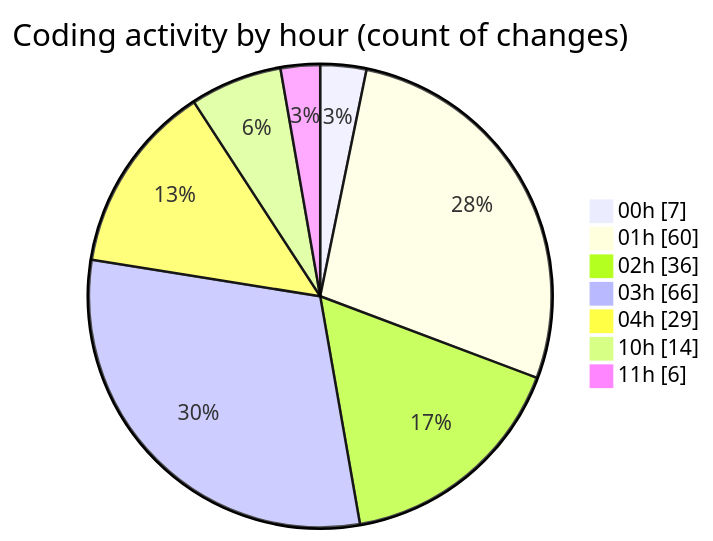
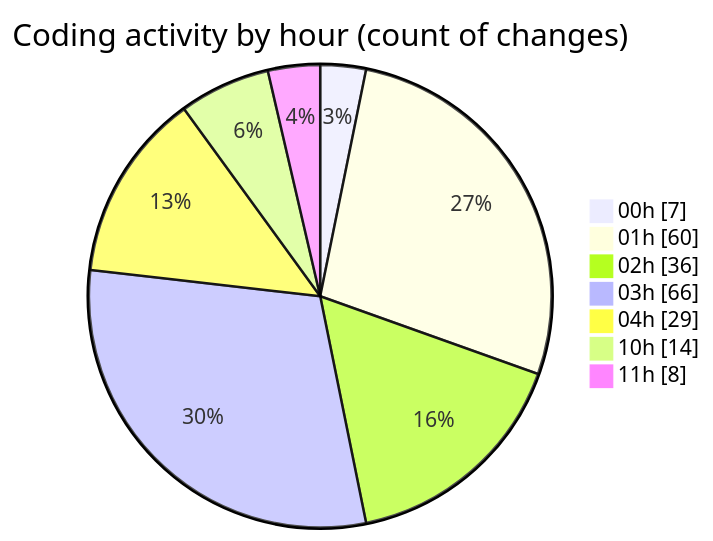
The second of 2 diagrams in 2025-10-07/eventscop-frontend-guide__workspace_/README.md (julien-gomy/code-tracking), drawn with Mermaid before and after one commit. The commit also changed other lines of this file and 1 other file, not shown here.

````diff
--- a/2025-10-07/eventscop-frontend-guide__workspace_/README.md
+++ b/2025-10-07/eventscop-frontend-guide__workspace_/README.md
@@ -101,11 +102,11 @@
 ```mermaid
 pie showData
 title Coding activity by hour (count of changes)
 "00h" : 7
 "01h" : 60
 "02h" : 36
 "03h" : 66
 "04h" : 29
 "10h" : 14
-"11h" : 6
+"11h" : 8
 ```
````
